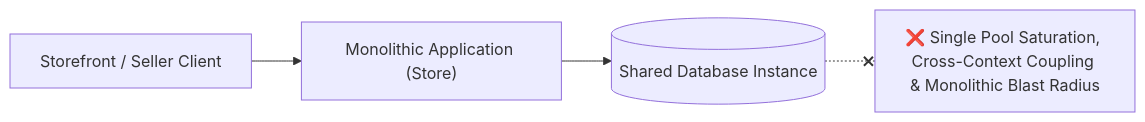
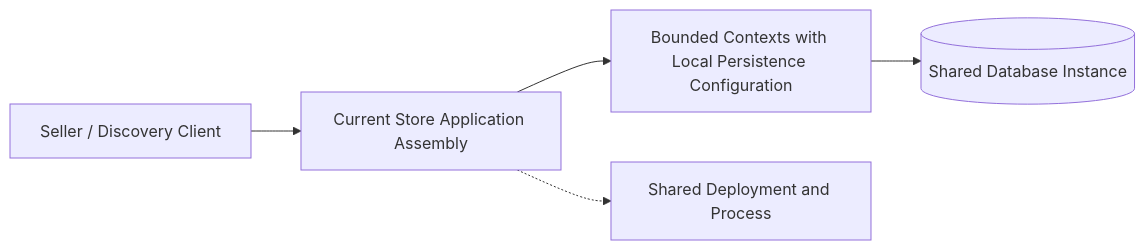
Before and after one commit to khinemyaezin/grab: the first of 3 diagrams in docs/system-design/002-ecommerce_service_architecture_system_design.md, drawn with Mermaid. The commit also changed other lines of this file and 1 other file, not shown here.

Commit message:
feat: update outbox strategy to use a single shared outbox table per service group schema

````diff
--- a/docs/system-design/002-ecommerce_service_architecture_system_design.md
+++ b/docs/system-design/002-ecommerce_service_architecture_system_design.md
@@ -25,6 +27,7 @@
 ```mermaid
 flowchart LR
-    Storefront["Storefront / Seller Client"] --> Monolith["Monolithic Application (Store)"]
-    Monolith --> DB[("Shared Database Instance")]
-    DB -.-x Failure["❌ Single Pool Saturation, Cross-Context Coupling & Monolithic Blast Radius"]
+    Client["Seller / Discovery Client"] --> Monolith["Current Store Application Assembly"]
+    Monolith --> Contexts["Bounded Contexts with Local Persistence Configuration"]
+    Contexts --> DB[("Shared Database Instance")]
+    Monolith -.-> Exposure["Shared Deployment and Process"]
 ```
````
